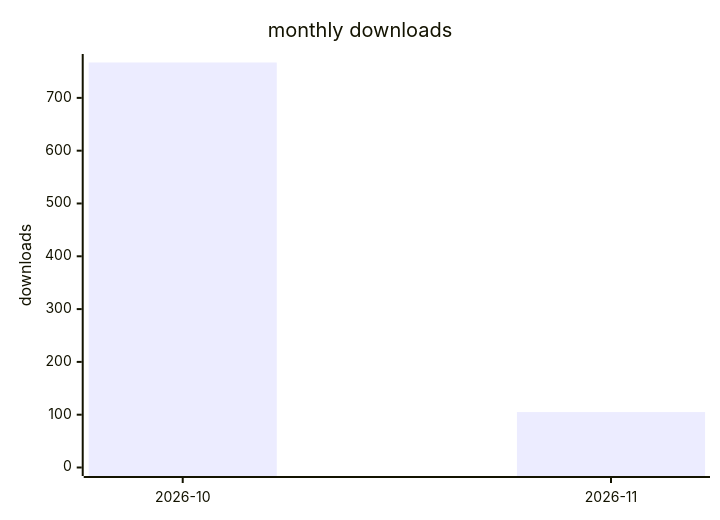
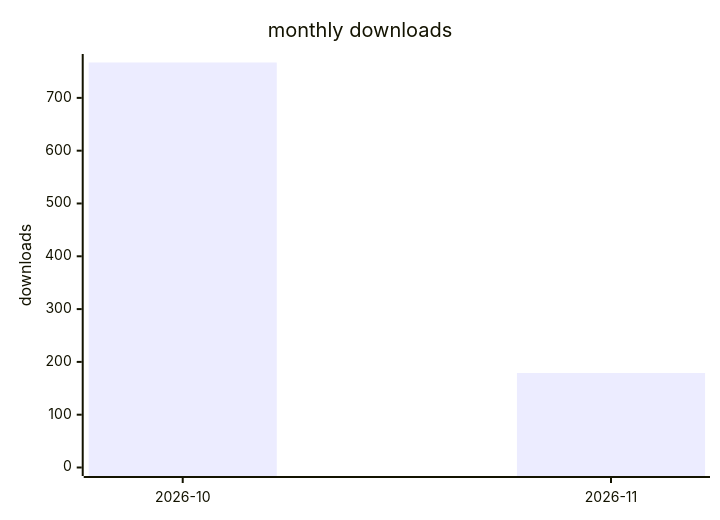
The second of 2 diagrams in docs/downloads-2026.md (terry2010/opencode-loop-recover), drawn with Mermaid before and after one commit. The commit also changed other lines of this file and 1 other file, not shown here.

````diff
--- a/docs/downloads-2026.md
+++ b/docs/downloads-2026.md
@@ -29,7 +29,7 @@
 ```mermaid
 xychart-beta
     title "monthly downloads"
     x-axis ["2026-10", "2026-11"]
     y-axis "downloads" 0 --> 767
-    bar [767, 105]
+    bar [767, 179]
 ```
````
